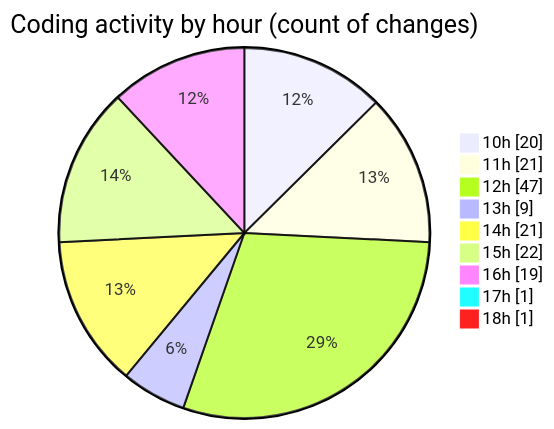
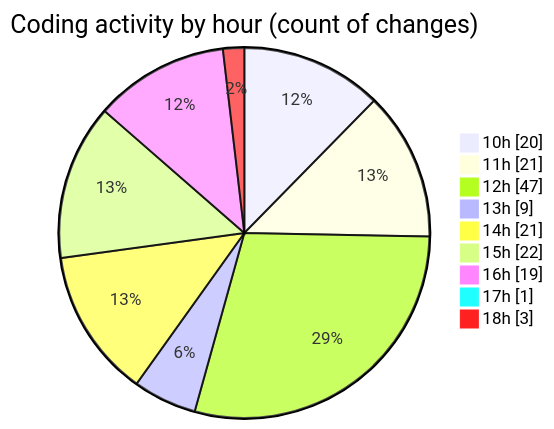
Before and after one commit to momahboobian/code-tracking: the second of 2 diagrams in 2025-05-20/cda/README.md, drawn with Mermaid. The commit also changed other lines of this file and 1 other file, not shown here.

````diff
--- a/2025-05-20/cda/README.md
+++ b/2025-05-20/cda/README.md
@@ -53,13 +53,13 @@
 ```mermaid
 pie showData
 title Coding activity by hour (count of changes)
 "10h" : 20
 "11h" : 21
 "12h" : 47
 "13h" : 9
 "14h" : 21
 "15h" : 22
 "16h" : 19
 "17h" : 1
-"18h" : 1
+"18h" : 3
 ```
````
